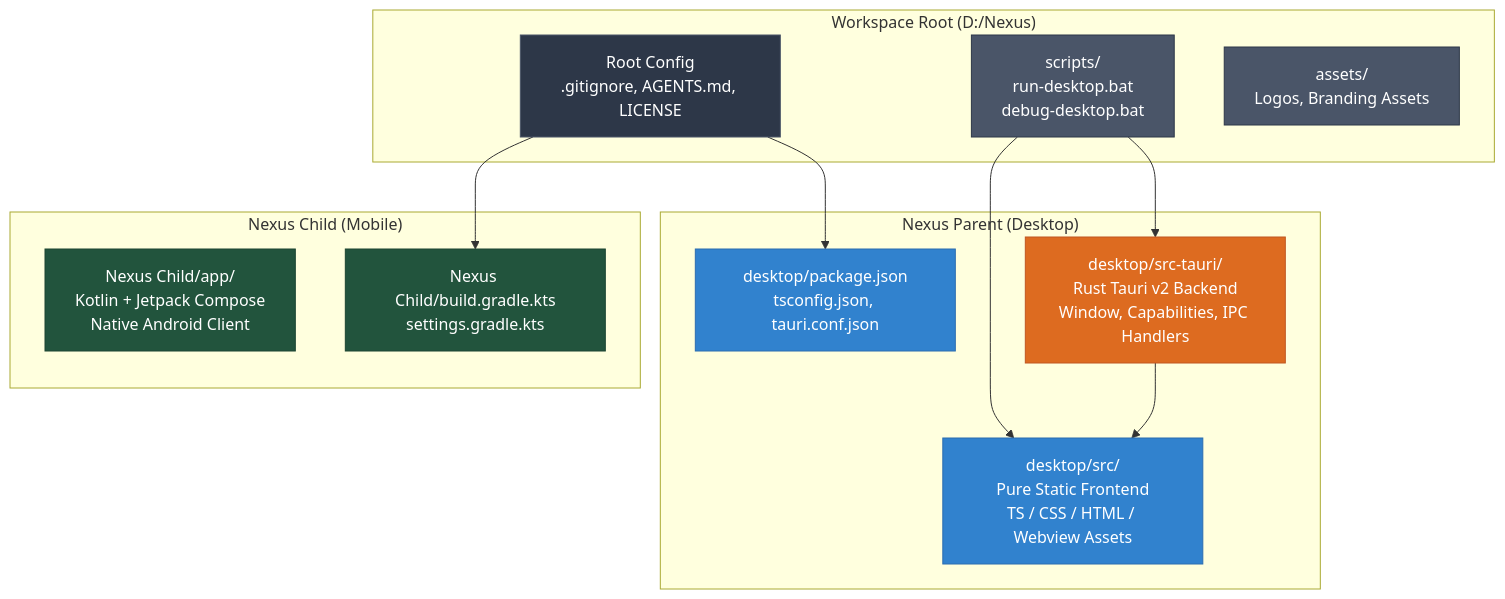
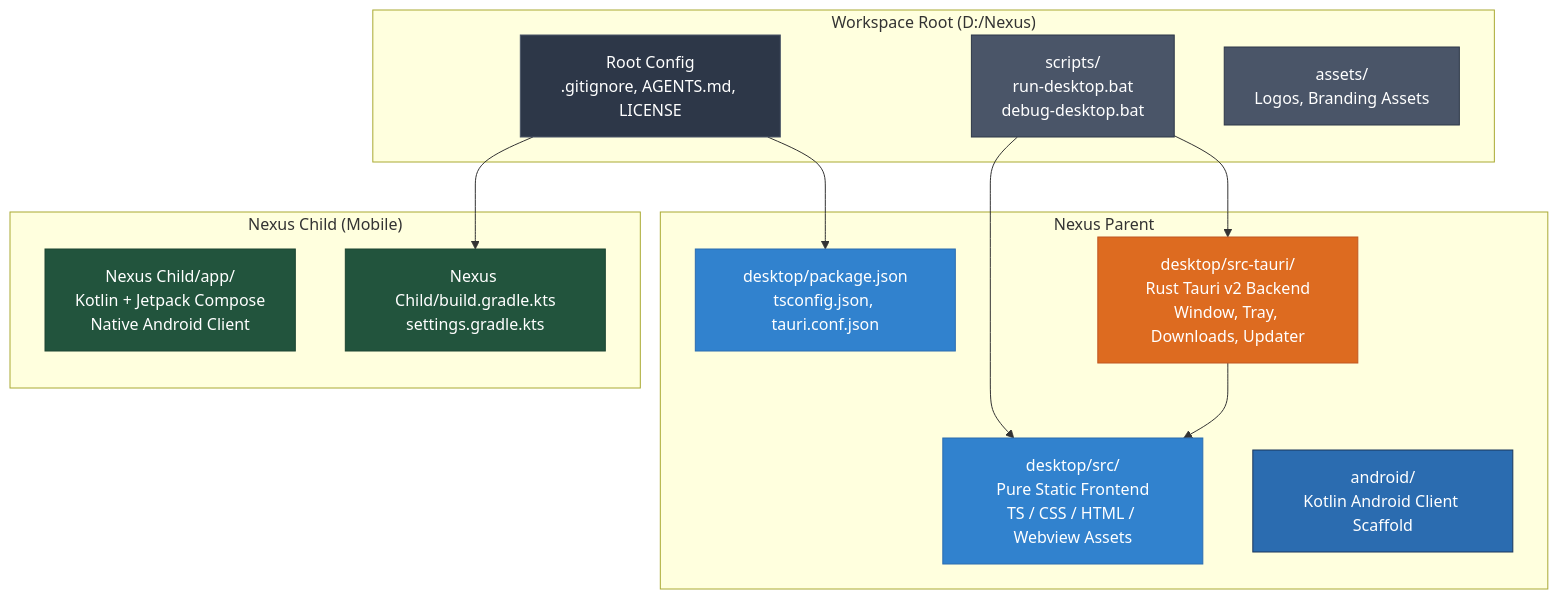
One commit to lukagray-dev/Nexus changed the second of 2 diagrams in README.md. Above: the diagram before and after it, drawn with Mermaid. The commit also changed other lines of this file and 3 other files, not shown here.

````diff
--- a/README.md
+++ b/README.md
@@ -208,34 +216,36 @@
 ```mermaid
 graph TD
     subgraph "Workspace Root (D:/Nexus)"
         ROOT_CONF[Root Config<br/>.gitignore, AGENTS.md, LICENSE]
         SCRIPTS[scripts/<br/>run-desktop.bat<br/>debug-desktop.bat]
         ASSETS[assets/<br/>Logos, Branding Assets]
     end
 
-    subgraph "Nexus Parent (Desktop)"
-        DESKTOP_TAURI[desktop/src-tauri/<br/>Rust Tauri v2 Backend<br/>Window, Capabilities, IPC Handlers]
+    subgraph "Nexus Parent"
+        DESKTOP_TAURI[desktop/src-tauri/<br/>Rust Tauri v2 Backend<br/>Window, Tray, Downloads, Updater]
         DESKTOP_UI[desktop/src/<br/>Pure Static Frontend<br/>TS / CSS / HTML / Webview Assets]
         DESKTOP_CONF[desktop/package.json<br/>tsconfig.json, tauri.conf.json]
+        PARENT_ANDROID[android/<br/>Kotlin Android Client Scaffold]
     end
 
     subgraph "Nexus Child (Mobile)"
         ANDROID_APP[Nexus Child/app/<br/>Kotlin + Jetpack Compose<br/>Native Android Client]
         GRADLE_CONF[Nexus Child/build.gradle.kts<br/>settings.gradle.kts]
     end
 
     SCRIPTS --> DESKTOP_TAURI
     SCRIPTS --> DESKTOP_UI
     DESKTOP_TAURI --> DESKTOP_UI
     ROOT_CONF --> DESKTOP_CONF
     ROOT_CONF --> GRADLE_CONF
 
     style ROOT_CONF fill:#2D3748,stroke:#4A5568,color:#fff
     style SCRIPTS fill:#4A5568,stroke:#2D3748,color:#fff
     style ASSETS fill:#4A5568,stroke:#2D3748,color:#fff
     style DESKTOP_TAURI fill:#DD6B20,stroke:#C05621,color:#fff
     style DESKTOP_UI fill:#3182CE,stroke:#2B6CB0,color:#fff
     style DESKTOP_CONF fill:#3182CE,stroke:#2B6CB0,color:#fff
+    style PARENT_ANDROID fill:#2B6CB0,stroke:#1A365D,color:#fff
     style ANDROID_APP fill:#22543D,stroke:#1C4532,color:#fff
     style GRADLE_CONF fill:#22543D,stroke:#1C4532,color:#fff
 ```
````
